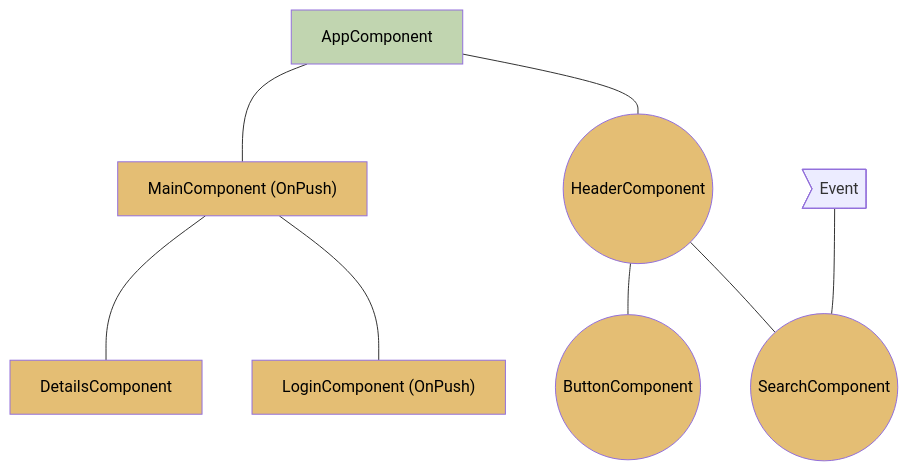
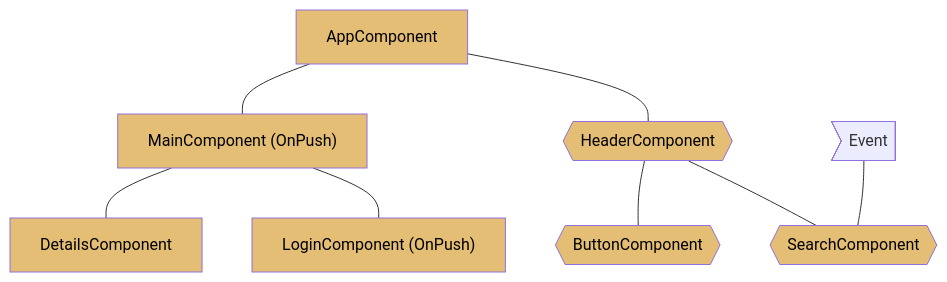
Before and after one commit to angular/angular: the first of 4 diagrams in adev/src/content/best-practices/runtime-performance/skipping-subtrees.md, drawn with Mermaid. The commit also changed other lines of this file, not shown here.

````diff
--- a/adev/src/content/best-practices/runtime-performance/skipping-subtrees.md
+++ b/adev/src/content/best-practices/runtime-performance/skipping-subtrees.md
@@ -36,19 +36,19 @@
 ```mermaid
 graph TD;
-    app[AppComponent] --- header((HeaderComponent));
+    app[AppComponent] --- header{{HeaderComponent}};
     app --- main["MainComponent (OnPush)"];
-    header --- search((SearchComponent));
-    header --- button((ButtonComponent));
+    header --- search{{SearchComponent}};
+    header --- button{{ButtonComponent}};
     main --- login["LoginComponent (OnPush)"];
     main --- details[DetailsComponent];
     event>Event] --- search
 
     style main fill:#E4BE74,color:#000
     style login fill:#E4BE74,color:#000
     style details fill:#E4BE74,color:#000
 
-    style app fill:#C1D5B0,color:#000
+    style app fill:#E4BE74,color:#000
     style header fill:#E4BE74,color:#000
     style button fill:#E4BE74,color:#000
     style search fill:#E4BE74,color:#000
 ```
````
